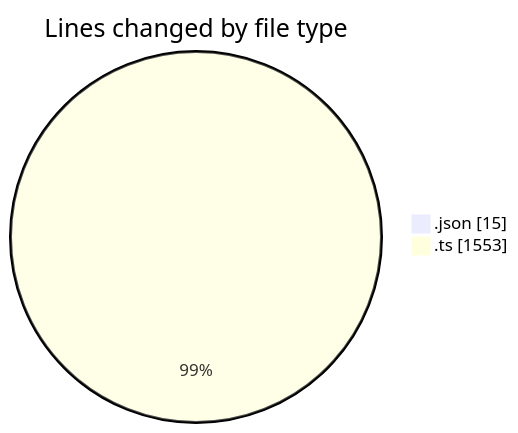
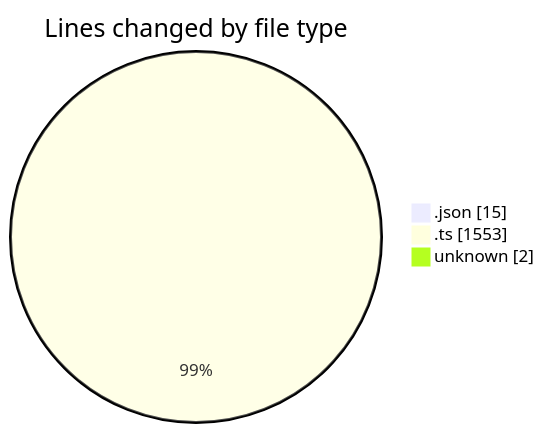
One commit to tmsrecording-cyber/code-tracking changed the first of 2 diagrams in 2026-02-01/singularitybrainai/README.md. Above: the diagram before and after it, drawn with Mermaid. The commit also changed other lines of this file and 1 other file, not shown here.

````diff
--- a/2026-02-01/singularitybrainai/README.md
+++ b/2026-02-01/singularitybrainai/README.md
@@ -22,6 +23,7 @@
 ```mermaid
 pie showData
 title Lines changed by file type
 ".json" : 15
 ".ts" : 1553
+"unknown" : 2
 ```
````
